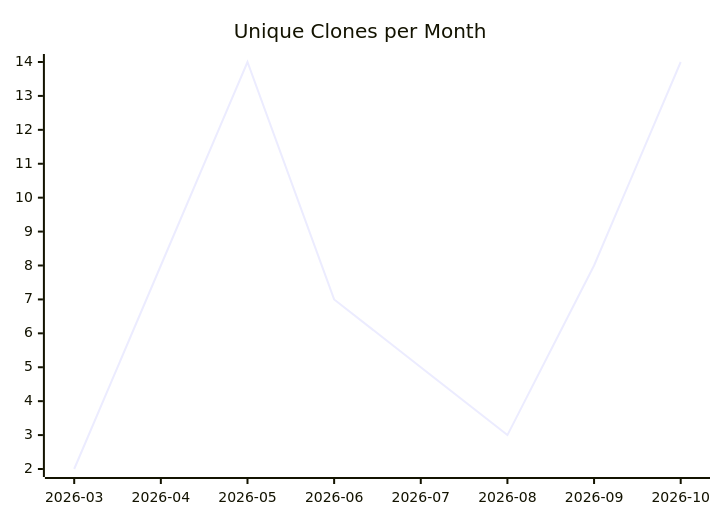
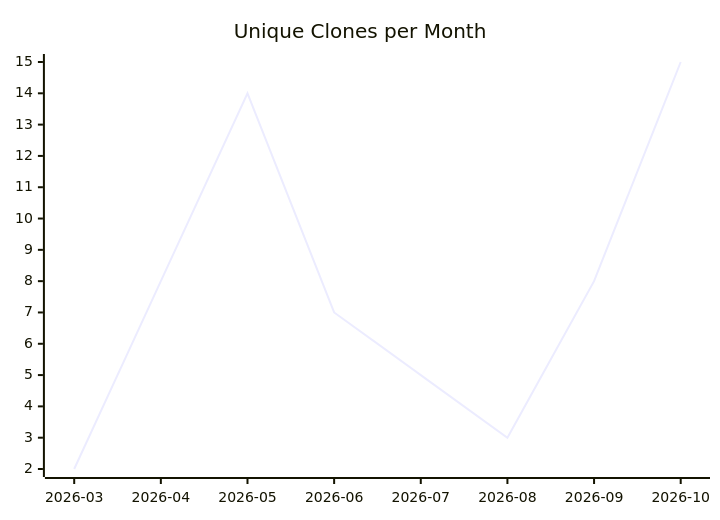
The third of 3 diagrams in karlmdavis/hello-rust-actix/README.md (justdavis-family/github-analytics-data), drawn with Mermaid before and after one commit. The commit also changed other lines of this file and 202 other files, not shown here.

````diff
--- a/karlmdavis/hello-rust-actix/README.md
+++ b/karlmdavis/hello-rust-actix/README.md
@@ -19,6 +19,6 @@
 ```mermaid
 xychart-beta
   title "Unique Clones per Month"
   x-axis ["2026-03", "2026-04", "2026-05", "2026-06", "2026-07", "2026-08", "2026-09", "2026-10"]
-  line [2, 8, 14, 7, 5, 3, 8, 14]
+  line [2, 8, 14, 7, 5, 3, 8, 15]
 ```
````
